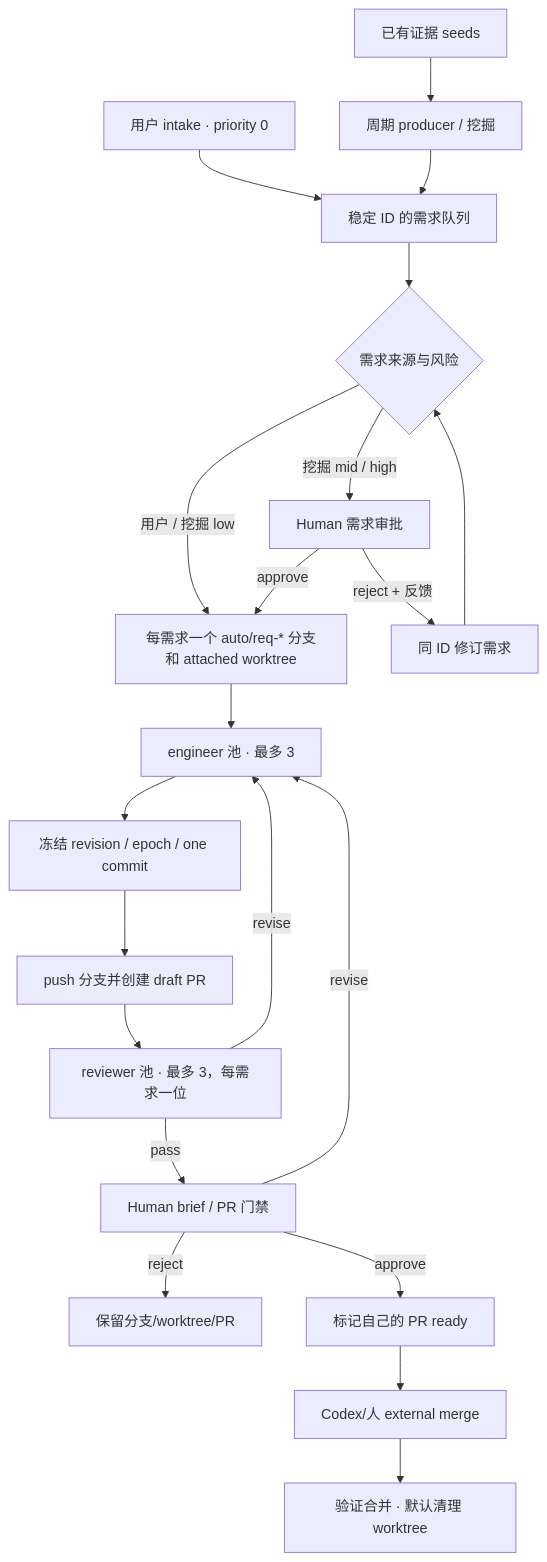
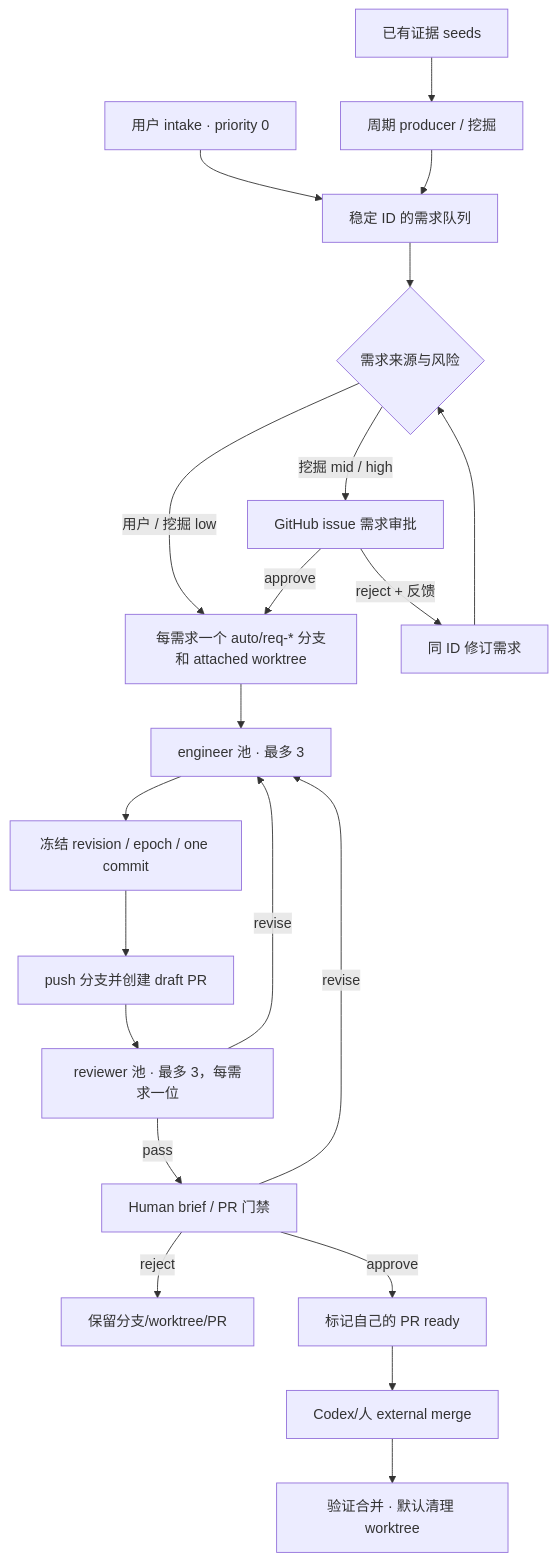
One commit to lyingloong/dsh-auto-workflow changed the diagram in README.md. Above: the diagram before and after it, drawn with Mermaid. The commit also changed 15 other files, not shown here.

````diff
--- a/README.md
+++ b/README.md
@@ -40,23 +40,23 @@
 ```mermaid
 flowchart TD
   U[用户 intake · priority 0] --> Q[稳定 ID 的需求队列]
   S[已有证据 seeds] --> M[周期 producer / 挖掘]
   M --> Q
   Q --> R{需求来源与风险}
   R -->|用户 / 挖掘 low| W[每需求一个 auto/req-* 分支和 attached worktree]
-  R -->|挖掘 mid / high| H[Human 需求审批]
+  R -->|挖掘 mid / high| H[GitHub issue 需求审批]
   H -->|approve| W
   H -->|reject + 反馈| A[同 ID 修订需求]
   A --> R
   W --> E[engineer 池 · 最多 3]
   E --> I[冻结 revision / epoch / one commit]
   I --> P[push 分支并创建 draft PR]
   P --> V[reviewer 池 · 最多 3，每需求一位]
   V -->|revise| E
   V -->|pass| G[Human brief / PR 门禁]
   G -->|revise| E
   G -->|reject| K[保留分支/worktree/PR]
   G -->|approve| L[标记自己的 PR ready]
   L --> X[Codex/人 external merge]
   X --> T[验证合并 · 默认清理 worktree]
 ```
````
